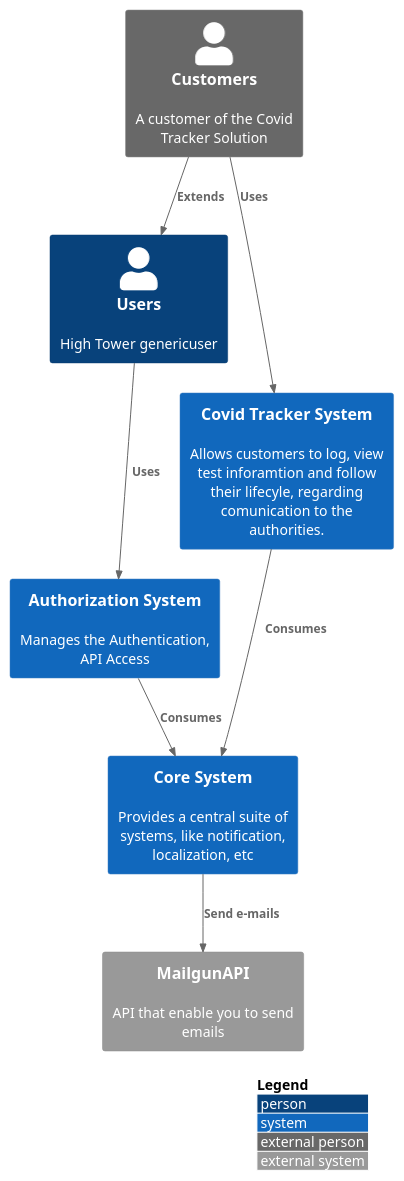
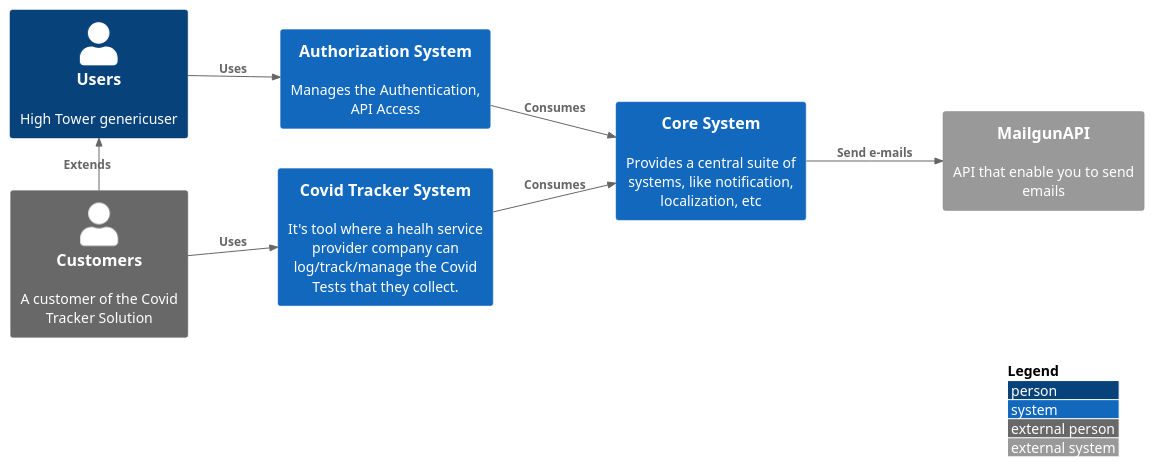
The diagram in src/context.puml (Huge-Tower/HT-Ecosystem), drawn with PlantUML before and after one commit. The commit also changed 27 other files, not shown here.

```diff
--- a/src/context.puml
+++ b/src/context.puml
@@ -1,20 +1,27 @@
 @startuml Context
 !include https://raw.githubusercontent.com/adrianvlupu/C4-PlantUML/latest/C4_Context.puml
-
+LAYOUT_LEFT_RIGHT()
 LAYOUT_WITH_LEGEND()
 
 System(authsys, "Authorization System", "Manages the Authentication, API Access")
-Person_Ext(covidtrackeruser, "Customers", "A customer of the Covid Tracker Solution")
+System(coresys, "Core System", "Provides a central suite of systems, like notification, localization, etc")
+Rel(authsys, coresys, "Consumes")
 Person(htuser, "Users", "High Tower genericuser")
-System(covidtrackersys, "Covid Tracker System", "Allows customers to log, view test inforamtion and follow their lifecyle, regarding comunication to the authorities.")
-System(coresys, "Core System", "Provides a central suite of systems, like notification, localization, etc")
+Rel(htuser, authsys, "Uses")
 
 System_Ext(mailgunAPI, "MailgunAPI", "API that enable you to send emails")
+Rel(coresys, mailgunAPI, "Send e-mails")
 
-Rel(coresys, mailgunAPI, "Send e-mails")
-Rel(authsys, coresys, "Consumes")
-Rel(htuser, authsys, "Uses")
-Rel(covidtrackeruser,htuser , "Extends")
+Person_Ext(covidtrackeruser, "Customers", "A customer of the Covid Tracker Solution")
+System(covidtrackersys, "Covid Tracker System","It's tool where a healh service provider company can log/track/manage the Covid Tests that they collect.")
+Rel_L(covidtrackeruser,htuser , "Extends")
 Rel(covidtrackersys, coresys, "Consumes")
 Rel(covidtrackeruser, covidtrackersys, "Uses")
+
+' System(futuresys, "'Future' System", "Future System")
+' Person_Ext(futureUsersys, "Future User")
+' Rel(futureUsersys, futuresys, "Uses")
+' Rel(futureUsersys,htuser , "Extends")
+' Rel(futuresys, coresys, "Consumes")
+
 @enduml
```
